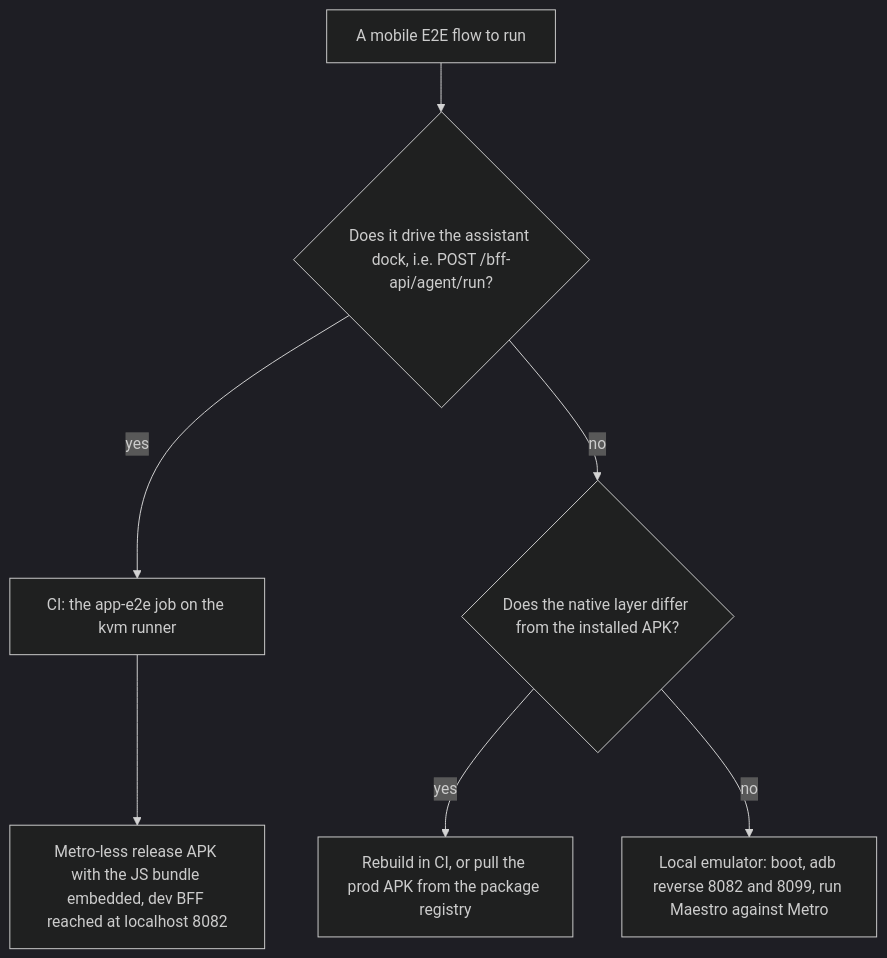
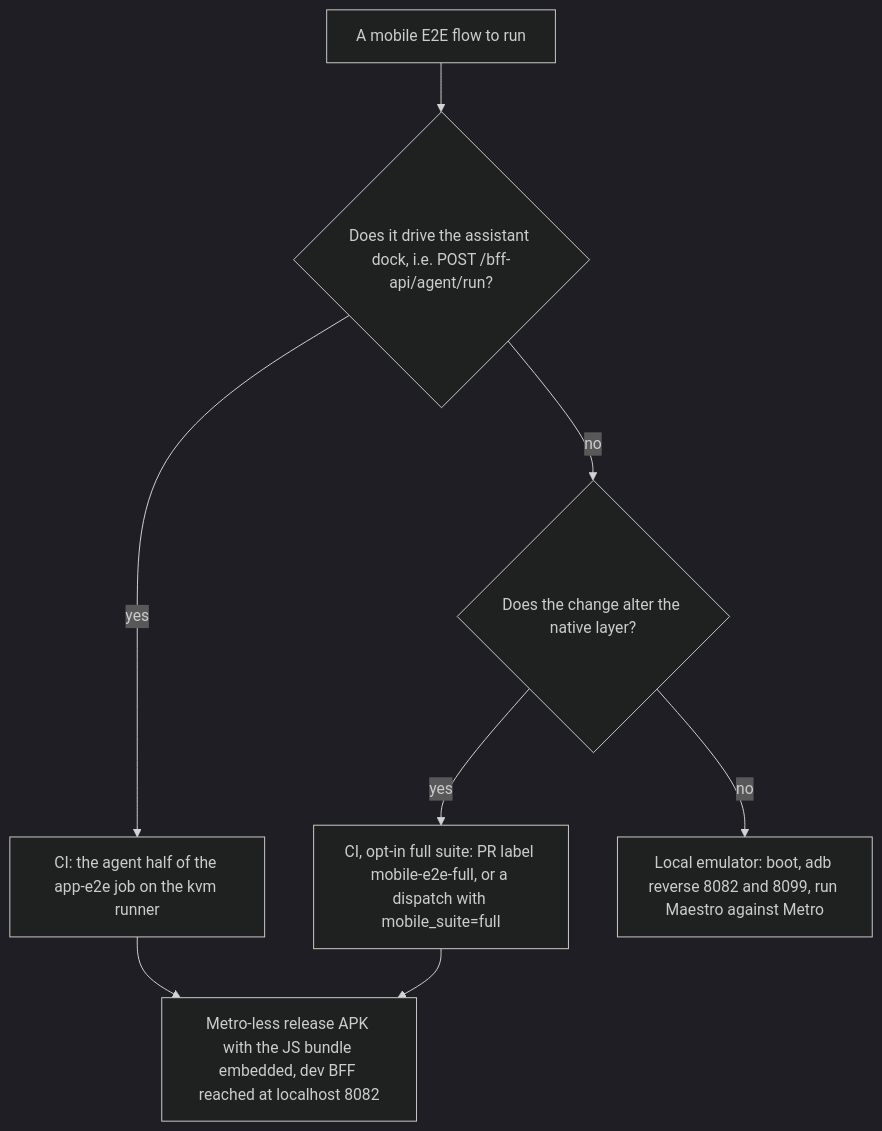
One commit to jumbleknot/MovieCollectionManager changed the first of 2 diagrams in openwiki/runbooks/android-emulator.md. Above: the diagram before and after it, drawn with Mermaid (dark theme). The commit also changed other lines of this file and 13 other files, not shown here.

````diff
--- a/openwiki/runbooks/android-emulator.md
+++ b/openwiki/runbooks/android-emulator.md
@@ -62,9 +82,10 @@
 ```mermaid
 flowchart TD
   A["A mobile E2E flow to run"] --> B{"Does it drive the assistant dock, i.e. POST /bff-api/agent/run?"}
-  B -- yes --> C["CI: the app-e2e job on the kvm runner"]
-  B -- no --> D{"Does the native layer differ from the installed APK?"}
-  D -- yes --> E["Rebuild in CI, or pull the prod APK from the package registry"]
+  B -- yes --> C["CI: the agent half of the app-e2e job on the kvm runner"]
+  B -- no --> D{"Does the change alter the native layer?"}
+  D -- yes --> E["CI, opt-in full suite: PR label mobile-e2e-full, or a dispatch with mobile_suite=full"]
   D -- no --> F["Local emulator: boot, adb reverse 8082 and 8099, run Maestro against Metro"]
   C --> G["Metro-less release APK with the JS bundle embedded, dev BFF reached at localhost 8082"]
+  E --> G
 ```
````
